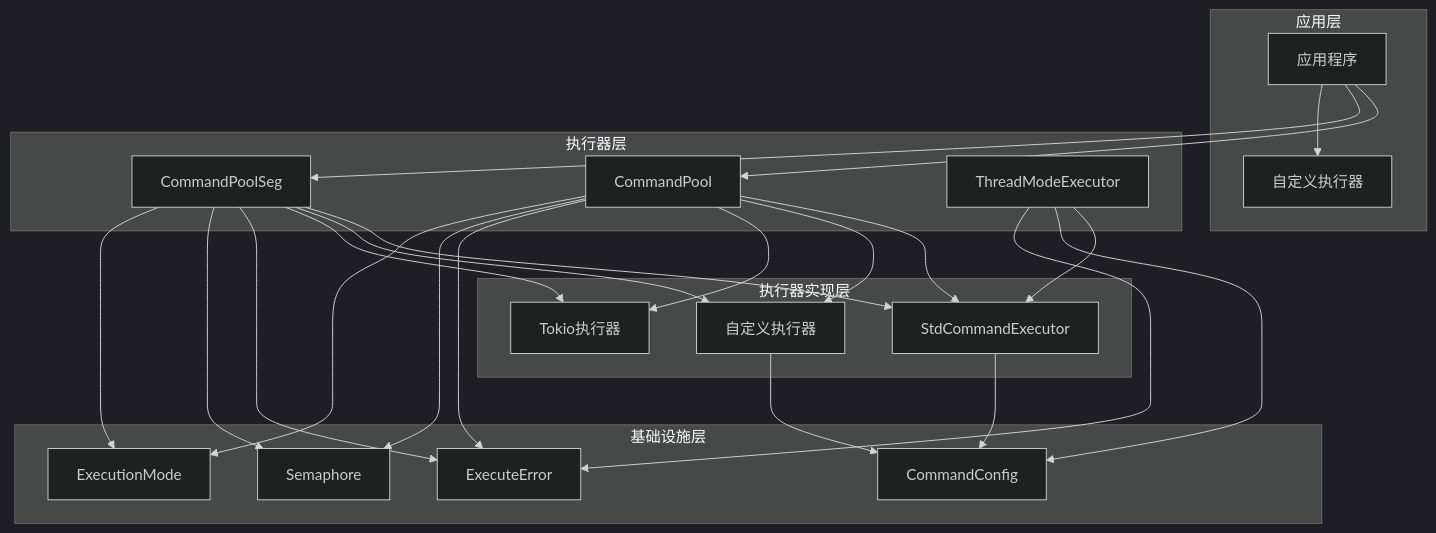
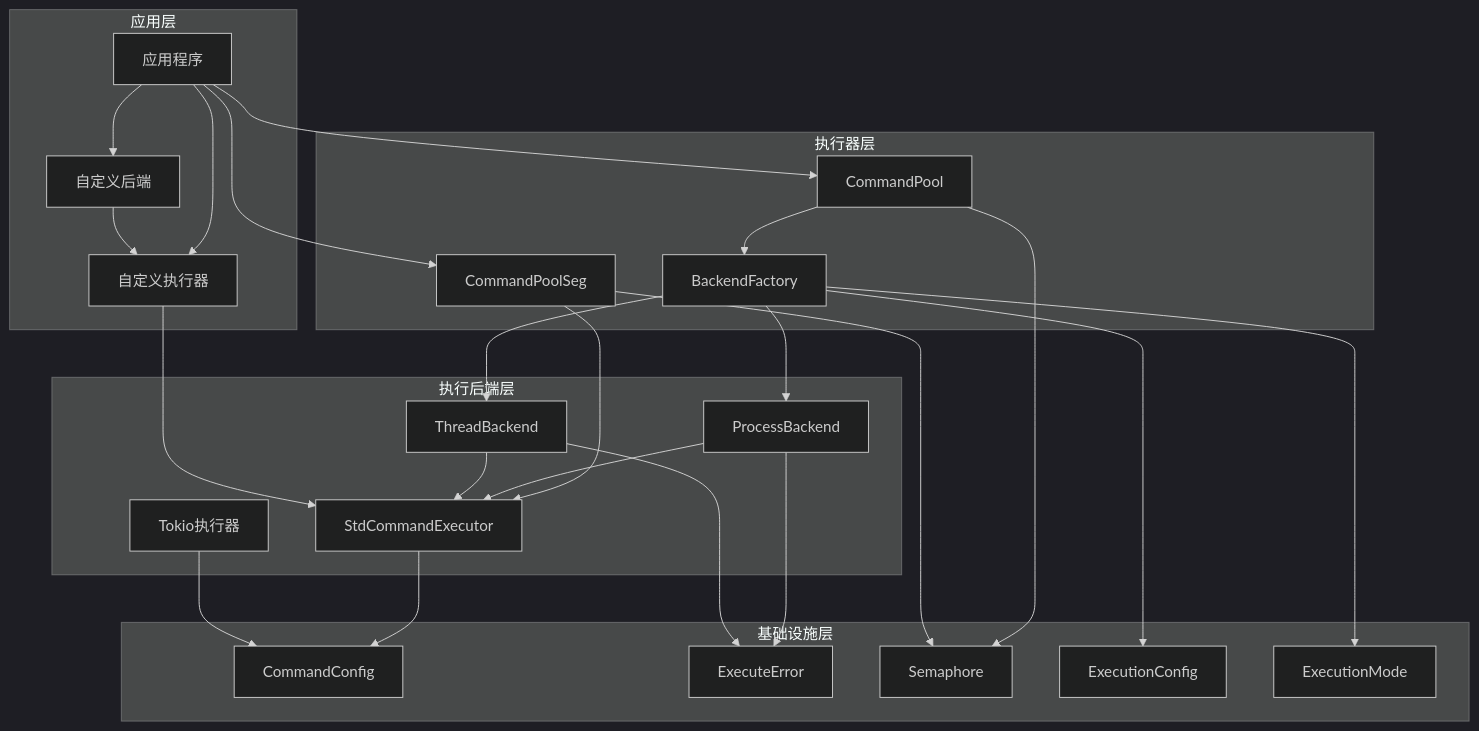
Before and after one commit to xcry2006/execute: the fourth of 9 diagrams in .qoder/repowiki/zh/content/执行器系统/执行器系统.md, drawn with Mermaid (dark theme). The commit also changed other lines of this file and 9 other files, not shown here.

````diff
--- a/.qoder/repowiki/zh/content/执行器系统/执行器系统.md
+++ b/.qoder/repowiki/zh/content/执行器系统/执行器系统.md
@@ -166,43 +159,46 @@
 ```mermaid
 graph TB
 subgraph "应用层"
 App[应用程序]
 CustomExec[自定义执行器]
+CustomBackend[自定义后端]
 end
 subgraph "执行器层"
 CommandPool[CommandPool]
 CommandPoolSeg[CommandPoolSeg]
-ThreadModeExecutor[ThreadModeExecutor]
+BackendFactory[BackendFactory]
 end
-subgraph "执行器实现层"
+subgraph "执行后端层"
+ProcessBackend[ProcessBackend]
+ThreadBackend[ThreadBackend]
 StdExecutor[StdCommandExecutor]
-CustomExecutor[自定义执行器]
 TokioExecutor[Tokio执行器]
 end
 subgraph "基础设施层"
 Config[CommandConfig]
 Error[ExecuteError]
 Semaphore[Semaphore]
-Mode[ExecutionMode]
+ExecutionConfig[ExecutionConfig]
+ExecutionMode[ExecutionMode]
 end
 App --> CommandPool
 App --> CommandPoolSeg
 App --> CustomExec
-CommandPool --> StdExecutor
-CommandPool --> CustomExecutor
-CommandPool --> TokioExecutor
+App --> CustomBackend
+CommandPool --> BackendFactory
 CommandPoolSeg --> StdExecutor
-CommandPoolSeg --> CustomExecutor
-CommandPoolSeg --> TokioExecutor
-ThreadModeExecutor --> StdExecutor
+BackendFactory --> ProcessBackend
+BackendFactory --> ThreadBackend
+ProcessBackend --> StdExecutor
+ThreadBackend --> StdExecutor
+CustomBackend --> CustomExec
+CustomExec --> StdExecutor
 StdExecutor --> Config
-CustomExecutor --> Config
-ThreadModeExecutor --> Config
-CommandPool --> Error
-CommandPoolSeg --> Error
-ThreadModeExecutor --> Error
+TokioExecutor --> Config
+ProcessBackend --> Error
+ThreadBackend --> Error
+BackendFactory --> ExecutionConfig
+BackendFactory --> ExecutionMode
 CommandPool --> Semaphore
 CommandPoolSeg --> Semaphore
-CommandPool --> Mode
-CommandPoolSeg --> Mode
 ```
````
